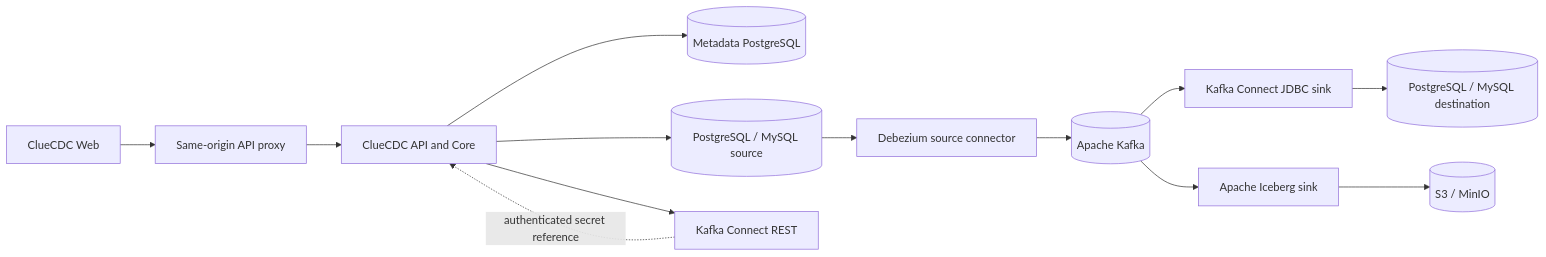
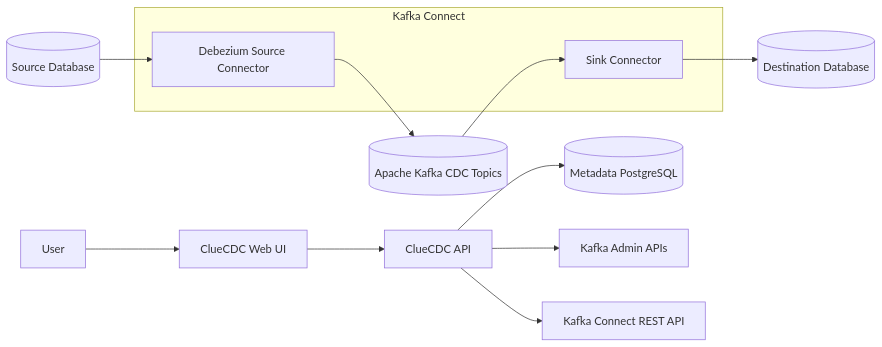
One commit to cluedata/cluecdc changed the diagram in README.md. Above: the diagram before and after it, drawn with Mermaid. The commit also changed other lines of this file and 81 other files, not shown here.

````diff
--- a/README.md
+++ b/README.md
@@ -50,15 +19,17 @@
 ```mermaid
 flowchart LR
-  UI[ClueCDC Web] --> Proxy[Same-origin API proxy]
-  Proxy --> API[ClueCDC API and Core]
-  API --> Meta[(Metadata PostgreSQL)]
-  API --> Source[(PostgreSQL / MySQL source)]
-  API --> Connect[Kafka Connect REST]
-  Source --> Debezium[Debezium source connector]
-  Debezium --> Kafka[(Apache Kafka)]
-  Kafka --> Sink[Kafka Connect JDBC sink]
-  Sink --> Destination[(PostgreSQL / MySQL destination)]
-  Kafka --> IcebergSink[Apache Iceberg sink]
-  IcebergSink --> Storage[(S3 / MinIO)]
-  Connect -. authenticated secret reference .-> API
+  User[User] --> UI[ClueCDC Web UI]
+  UI --> API[ClueCDC API]
+  API --> Metadata[(Metadata PostgreSQL)]
+  API --> Kafka[Kafka Admin APIs]
+  API --> Connect[Kafka Connect REST API]
+
+  subgraph ConnectCluster[Kafka Connect]
+    DBZ[Debezium Source Connector]
+    Sink[Sink Connector]
+  end
+  Source[(Source Database)] --> DBZ
+  DBZ --> Topics[(Apache Kafka CDC Topics)]
+  Topics --> Sink
+  Sink --> Destination[(Destination Database)]
 ```
````
